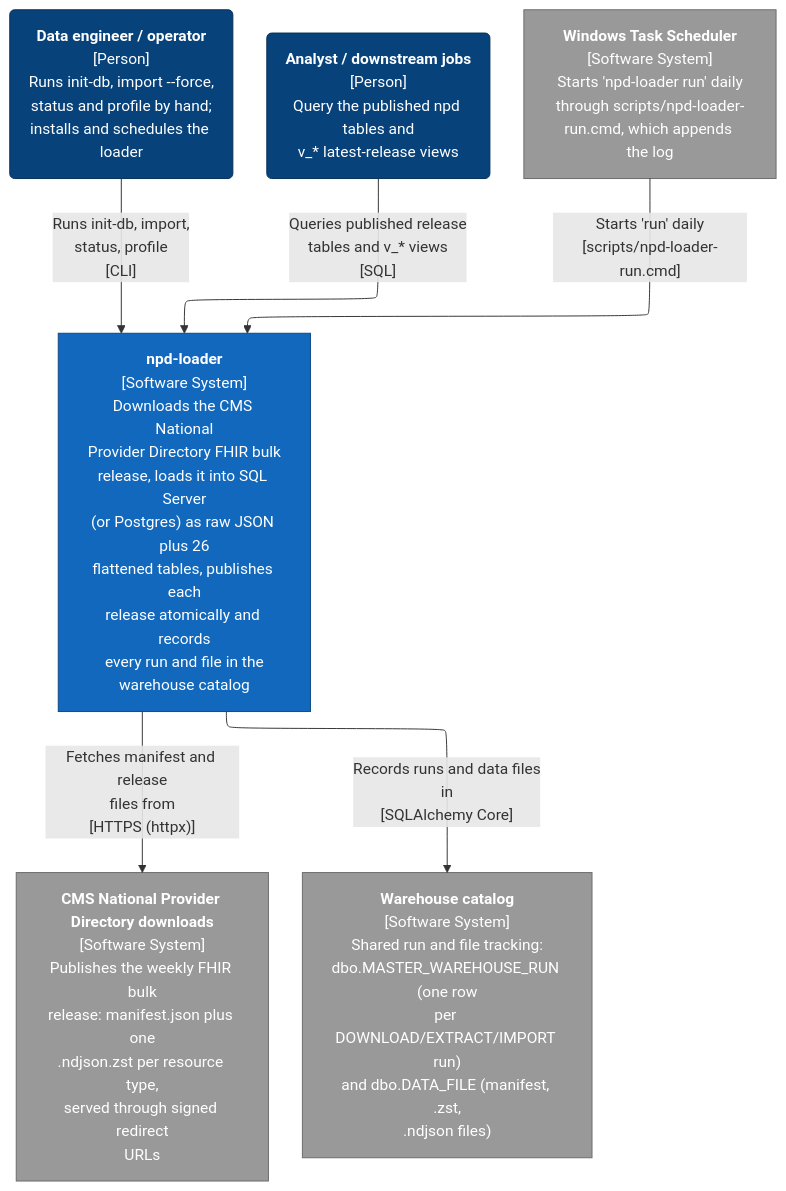
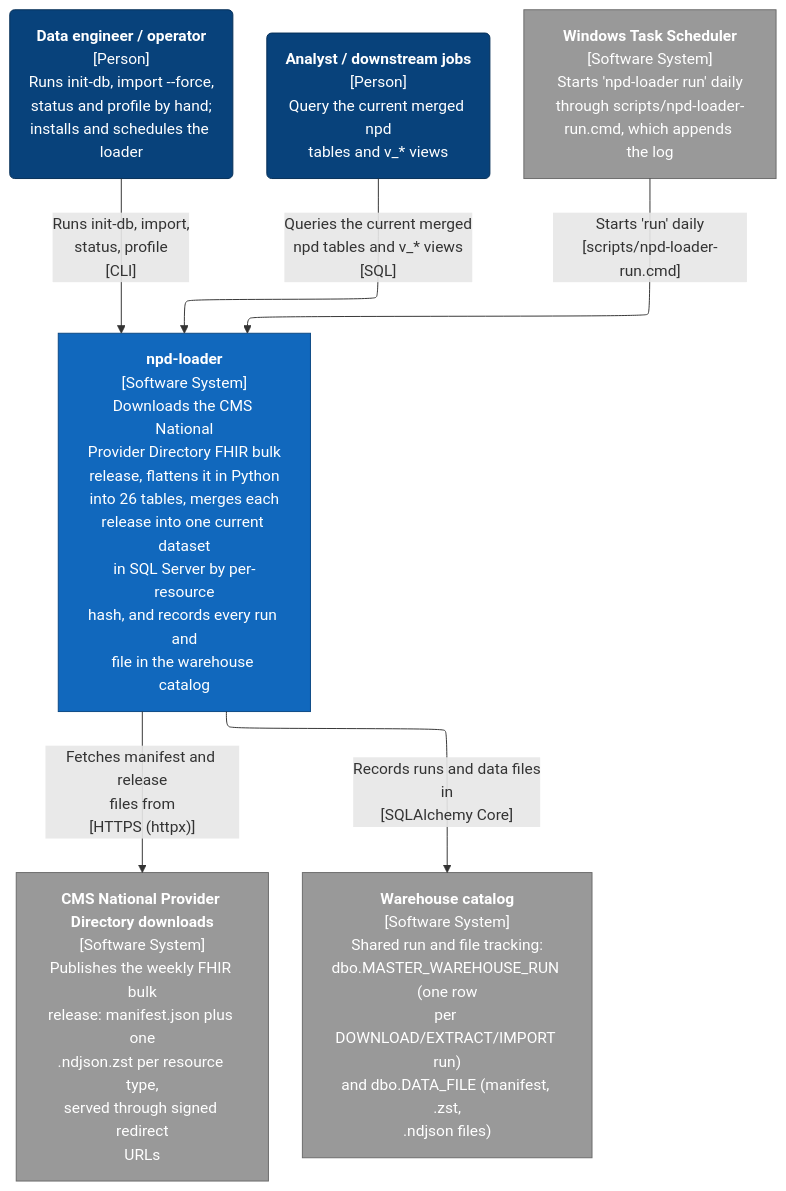
Before and after one commit to SqlDataSpire/npd_importer: the diagram in architecture-docs/nppes_npd_env/c4-context.mmd, drawn with Mermaid. The commit also changed 12 other files, not shown here.

Commit message:
docs: refresh architecture docs for Phase 2 (flatten, bcp staging, delta apply; Postgres and publish flow removed)

```diff
--- a/architecture-docs/nppes_npd_env/c4-context.mmd
+++ b/architecture-docs/nppes_npd_env/c4-context.mmd
@@ -1,66 +1,66 @@
 ---
 config:
   layout: elk
 ---
 flowchart TB
     operator("`**Data engineer / operator**
 [Person]
 Runs init-db, import --force,
 status and profile by hand;
 installs and schedules the loader`")
     data_consumer("`**Analyst / downstream jobs**
 [Person]
-Query the published npd tables and
-v_* latest-release views`")
+Query the current merged npd
+tables and v_* views`")
     system["`**npd-loader**
 [Software System]
 Downloads the CMS National
 Provider Directory FHIR bulk
-release, loads it into SQL Server
-(or Postgres) as raw JSON plus 26
-flattened tables, publishes each
-release atomically and records
-every run and file in the
-warehouse catalog`"]
+release, flattens it in Python
+into 26 tables, merges each
+release into one current dataset
+in SQL Server by per-resource
+hash, and records every run and
+file in the warehouse catalog`"]
     cms_npd["`**CMS National Provider Directory downloads**
 [Software System]
 Publishes the weekly FHIR bulk
 release: manifest.json plus one
 .ndjson.zst per resource type,
 served through signed redirect
 URLs`"]
     task_scheduler["`**Windows Task Scheduler**
 [Software System]
 Starts 'npd-loader run' daily
 through scripts/npd-loader-
 run.cmd, which appends the log`"]
     catalog_db["`**Warehouse catalog**
 [Software System]
 Shared run and file tracking:
 dbo.MASTER_WAREHOUSE_RUN (one row
 per DOWNLOAD/EXTRACT/IMPORT run)
 and dbo.DATA_FILE (manifest, .zst,
 .ndjson files)`"]
     task_scheduler -->|"`Starts 'run' daily
 [scripts/npd-loader-run.cmd]`"| system
     operator -->|"`Runs init-db, import,
 status, profile
 [CLI]`"| system
     system -->|"`Fetches manifest and release
 files from
 [HTTPS (httpx)]`"| cms_npd
     system -->|"`Records runs and data files
 in
 [SQLAlchemy Core]`"| catalog_db
-    data_consumer -->|"`Queries published release
-tables and v_* views
+    data_consumer -->|"`Queries the current merged
+npd tables and v_* views
 [SQL]`"| system
     classDef person fill:#08427b,stroke:#052e56,color:#ffffff
     classDef container fill:#1168bd,stroke:#0b4884,color:#ffffff
     classDef system fill:#1168bd,stroke:#0b4884,color:#ffffff
     classDef component fill:#85bbf0,stroke:#5d82a8,color:#000000
     classDef external fill:#999999,stroke:#6b6b6b,color:#ffffff
     classDef shared fill:#dbe9f6,stroke:#5d82a8,color:#000000,stroke-dasharray:4 3
     class operator,data_consumer person
     class system system
     class cms_npd,task_scheduler,catalog_db external
```
